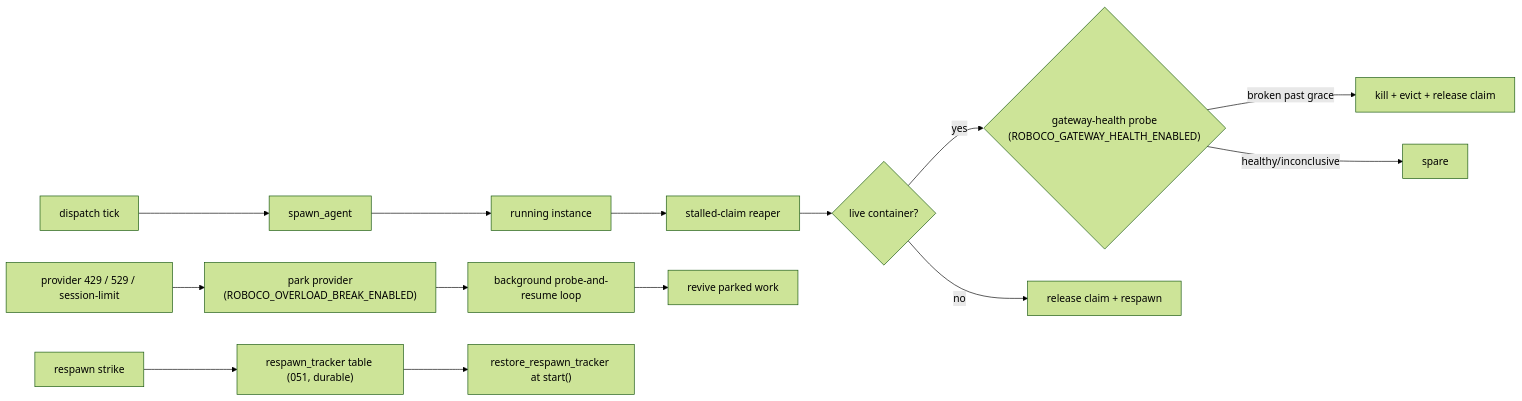
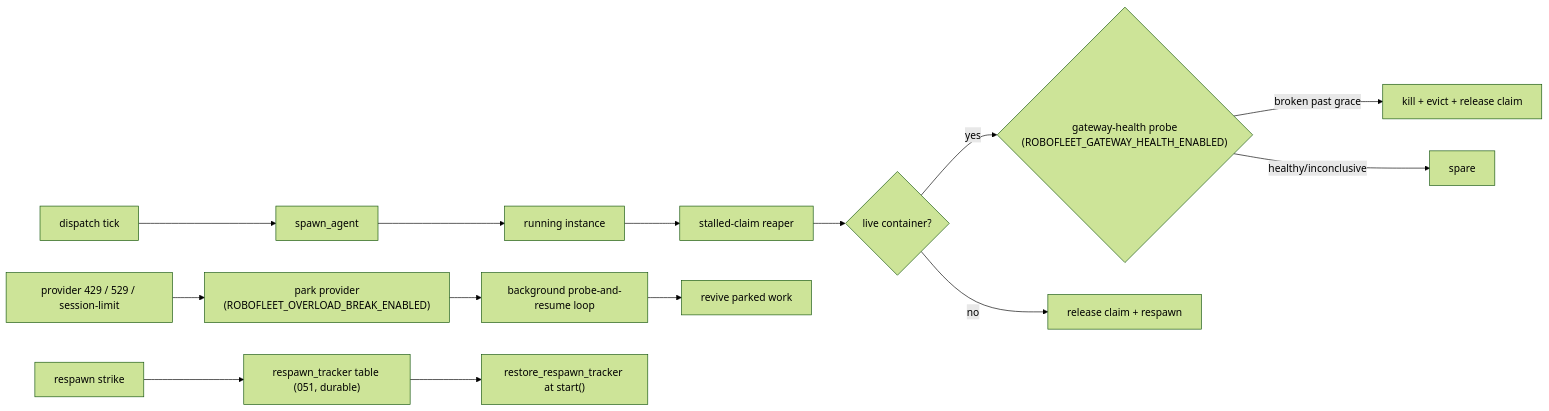
One commit to rennf93/robo-fleet changed the sixth of 9 diagrams in docs/map/_front.md. Above: the diagram before and after it, drawn with Mermaid (forest theme). The commit also changed other lines of this file and 336 other files, not shown here.

Commit message:
refactor: rename ROBOCO_ env prefix to ROBOFLEET_

````diff
--- a/docs/map/_front.md
+++ b/docs/map/_front.md
@@ -375,16 +375,16 @@
 ```mermaid
 graph LR
     Tick["dispatch tick"] --> Spawn["spawn_agent"]
     Spawn --> Running["running instance"]
     Running --> Reaper["stalled-claim reaper"]
     Reaper --> Live{"live container?"}
-    Live -- yes --> GWHealth{"gateway-health probe<br/>(ROBOCO_GATEWAY_HEALTH_ENABLED)"}
+    Live -- yes --> GWHealth{"gateway-health probe<br/>(ROBOFLEET_GATEWAY_HEALTH_ENABLED)"}
     GWHealth -- broken past grace --> Kill["kill + evict + release claim"]
     GWHealth -- healthy/inconclusive --> Spare["spare"]
     Live -- no --> Release["release claim + respawn"]
-    RL["provider 429 / 529 / session-limit"] --> Park["park provider<br/>(ROBOCO_OVERLOAD_BREAK_ENABLED)"]
+    RL["provider 429 / 529 / session-limit"] --> Park["park provider<br/>(ROBOFLEET_OVERLOAD_BREAK_ENABLED)"]
     Park --> ProbeLoop["background probe-and-resume loop"]
     ProbeLoop --> Revive["revive parked work"]
     Strike["respawn strike"] --> RT["respawn_tracker table (051, durable)"]
     RT --> Restore["restore_respawn_tracker at start()"]
 ```
````
